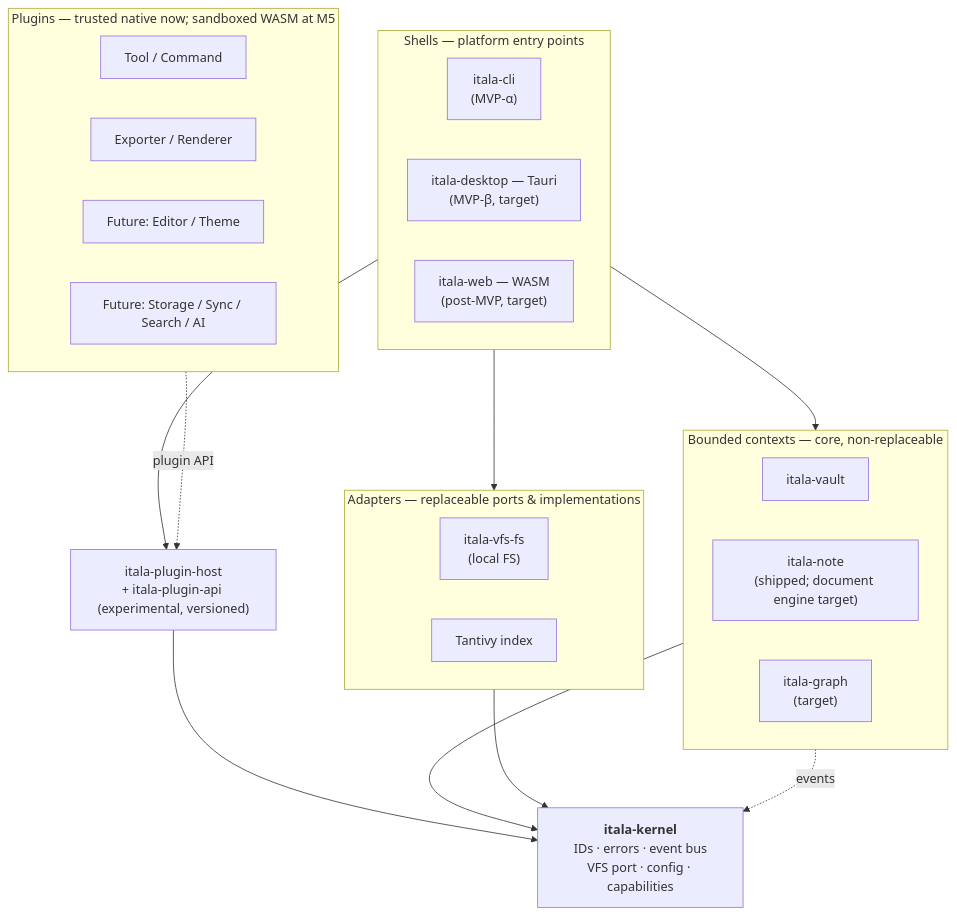
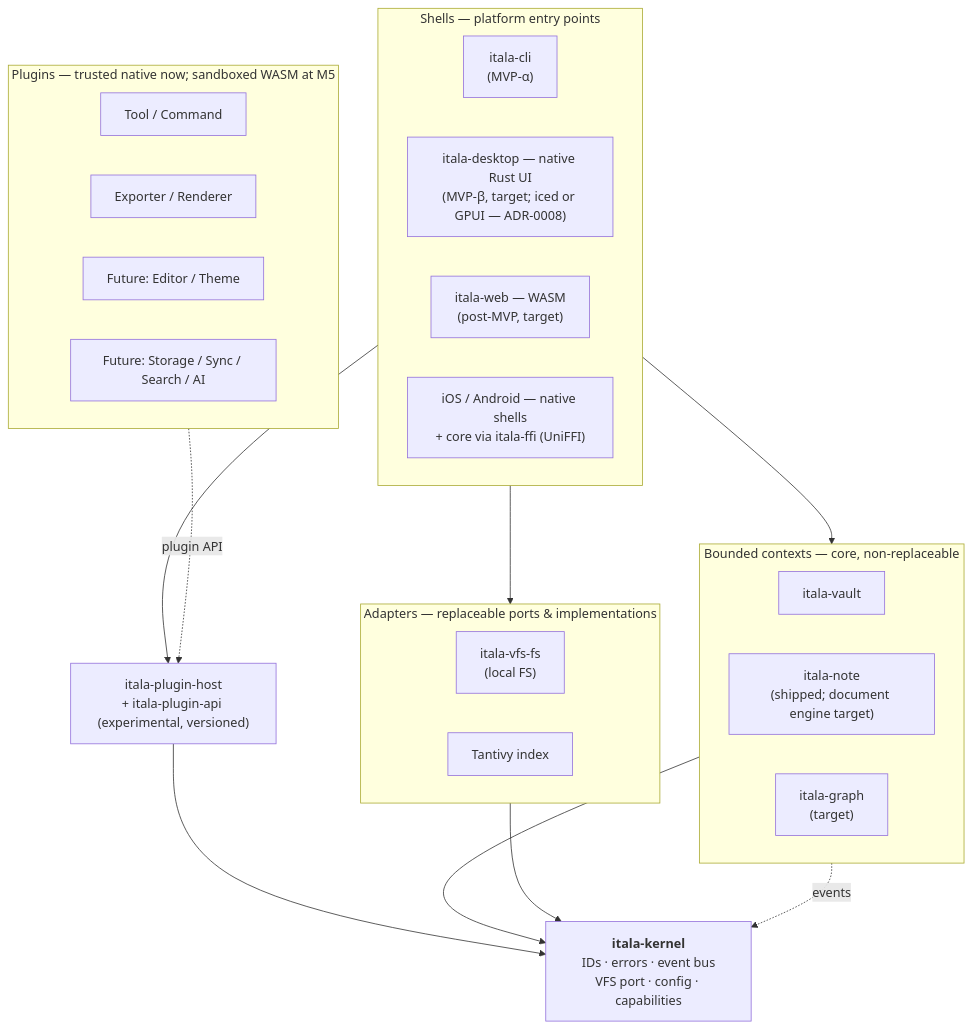
Before and after one commit to l1br3-io/itala: the diagram in docs/ARCHITECTURE.md, drawn with Mermaid. The commit also changed other lines of this file and 4 other files, not shown here.

First line of the commit message:
add ADR-0008: pure Rust platforms and native mobile shells via UniFFI

````diff
--- a/docs/ARCHITECTURE.md
+++ b/docs/ARCHITECTURE.md
@@ -23,42 +23,43 @@
 ```mermaid
 flowchart TB
     subgraph Shells["Shells — platform entry points"]
         CLI["itala-cli<br/>(MVP-α)"]
-        Desktop["itala-desktop — Tauri<br/>(MVP-β, target)"]
+        Desktop["itala-desktop — native Rust UI<br/>(MVP-β, target; iced or GPUI — ADR-0008)"]
         Web["itala-web — WASM<br/>(post-MVP, target)"]
+        Mobile["iOS / Android — native shells<br/>+ core via itala-ffi (UniFFI)"]
     end
 
     subgraph Plugins["Plugins — trusted native now; sandboxed WASM at M5"]
         direction LR
         P1["Tool / Command"]
         P2["Exporter / Renderer"]
         P3["Future: Editor / Theme"]
         P4["Future: Storage / Sync / Search / AI"]
     end
 
     subgraph Contexts["Bounded contexts — core, non-replaceable"]
         Vault["itala-vault"]
         Note["itala-note<br/>(shipped; document engine target)"]
         Graph["itala-graph<br/>(target)"]
     end
 
     subgraph Adapters["Adapters — replaceable ports & implementations"]
         VfsFs["itala-vfs-fs<br/>(local FS)"]
         Tantivy["Tantivy index"]
     end
 
     Kernel["<b>itala-kernel</b><br/>IDs · errors · event bus<br/>VFS port · config · capabilities"]
     Host["itala-plugin-host<br/>+ itala-plugin-api (experimental, versioned)"]
 
     %% dependency direction: arrows point downward to what they depend on
     Shells --> Contexts
     Shells --> Adapters
     Shells --> Host
     Contexts --> Kernel
     Adapters --> Kernel
     Host --> Kernel
     Plugins -.->|plugin API| Host
 
     %% decoupled context notifications flow through the bus in the kernel
     Contexts -.->|events| Kernel
 ```
````
